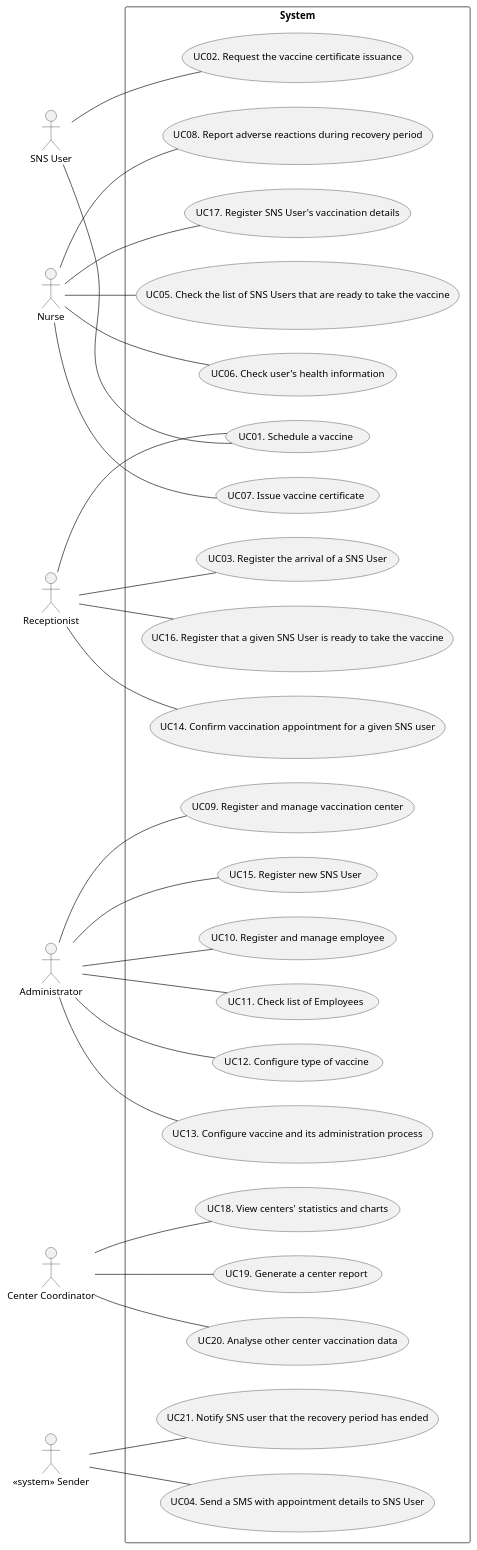
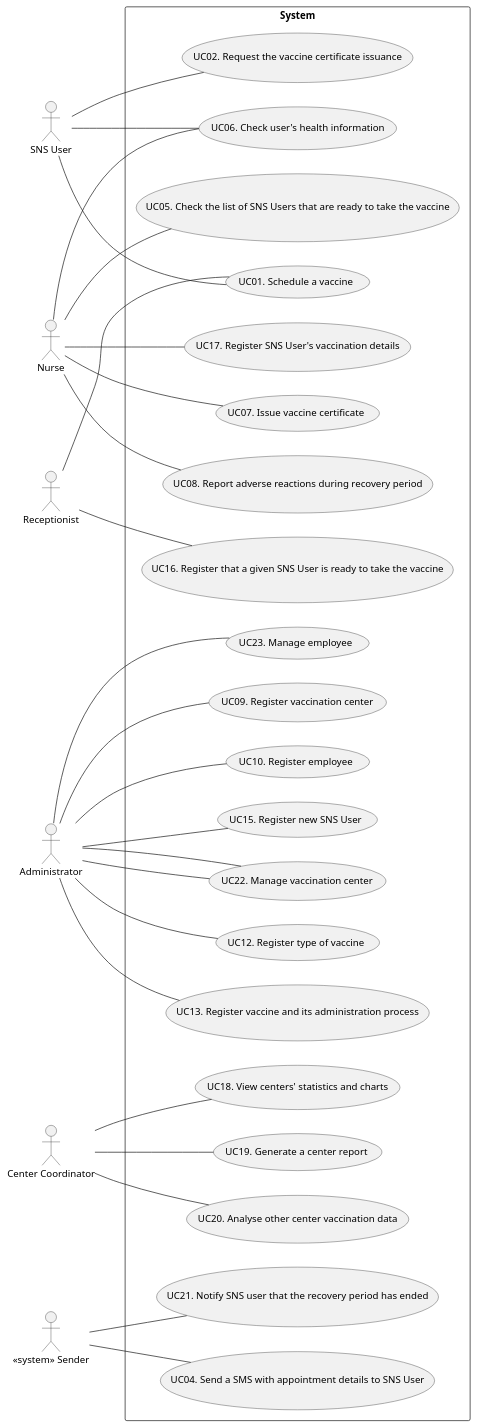
One commit to miseEnPlace-i/lapr2 changed the diagram in docs/SprintB/UCD.puml. Above: the diagram before and after it, drawn with PlantUML.

Commit message:
docs(UCD): lang changes and separate/remove some usecases

```diff
--- a/docs/SprintB/UCD.puml
+++ b/docs/SprintB/UCD.puml
@@ -1,59 +1,60 @@
 @startuml UCD
 
 left to right direction
 
 actor "SNS User" as user
 actor "Nurse" as nurse
 actor "Receptionist" as recept
 actor "Administrator" as admin
 actor "Center Coordinator" as coordinator
 actor "<< system >> Sender" as system
 
 rectangle System {
   usecase "UC01. Schedule a vaccine" as UC01
   usecase "UC02. Request the vaccine certificate issuance" as UC02
   usecase "UC15. Register new SNS User" as UC20
   usecase "UC04. Send a SMS with appointment details to SNS User" as UC03
   usecase "UC05. Check the list of SNS Users that are ready to take the vaccine" as UC05
   usecase "UC06. Check user's health information" as UC06
   usecase "UC07. Issue vaccine certificate" as UC07
   usecase "UC08. Report adverse reactions during recovery period" as UC08
-  usecase "UC09. Register and manage vaccination center" as UC18
-  usecase "UC10. Register and manage employee" as UC19
+  usecase "UC09. Register vaccination center" as UC18
+  usecase "UC10. Register employee" as UC19 
   usecase "UC11. Check list of Employees" as UC22
-  usecase "UC12. Configure type of vaccine" as UC16
-  usecase "UC13. Configure vaccine and its administration process" as UC17
-  usecase "UC14. Confirm vaccination appointment for a given SNS user" as UC11
-  usecase "UC03. Register the arrival of a SNS User" as UC10
+  usecase "UC12. Register type of vaccine" as UC16
+  usecase "UC13. Register vaccine and its administration process" as UC17
   usecase "UC16. Register that a given SNS User is ready to take the vaccine" as UC12
   usecase "UC17. Register SNS User's vaccination details" as UC09
   usecase "UC18. View centers' statistics and charts" as UC13
   usecase "UC19. Generate a center report" as UC14
   usecase "UC20. Analyse other center vaccination data" as UC15
   usecase "UC21. Notify SNS user that the recovery period has ended" as UC21
+  usecase "UC22. Manage vaccination center" as UC22
+  usecase "UC23. Manage employee" as UC23
 }
 
 user -- UC01
 user -- UC02
+user -- UC06
 system -- UC03
 recept -- UC01
 nurse -- UC05
 nurse -- UC06
 nurse -- UC07
 nurse -- UC08
 nurse -- UC09
-recept -- UC10
-recept -- UC11
 recept -- UC12
 coordinator -- UC13
 coordinator -- UC14
 coordinator -- UC15
 admin -- UC16
 admin -- UC17
 admin -- UC18
 admin -- UC19
 admin -- UC22
 admin -- UC20
 system -- UC21
+admin -- UC22
+admin -- UC23
 
 @enduml
```
